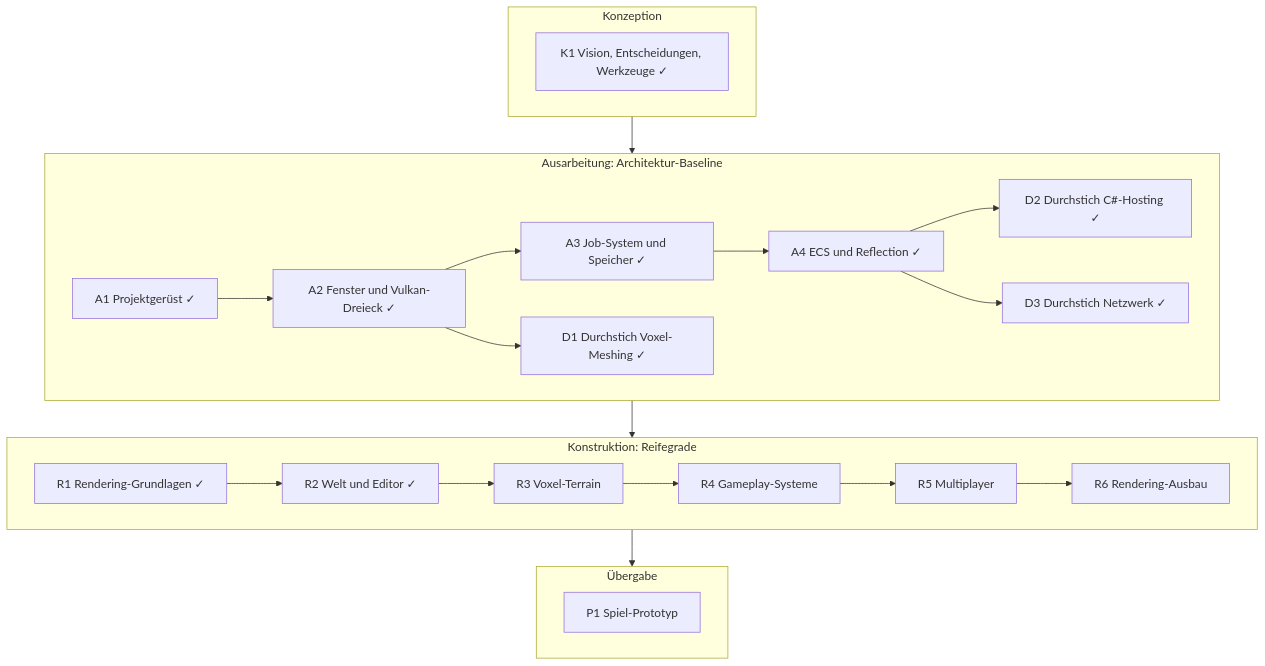
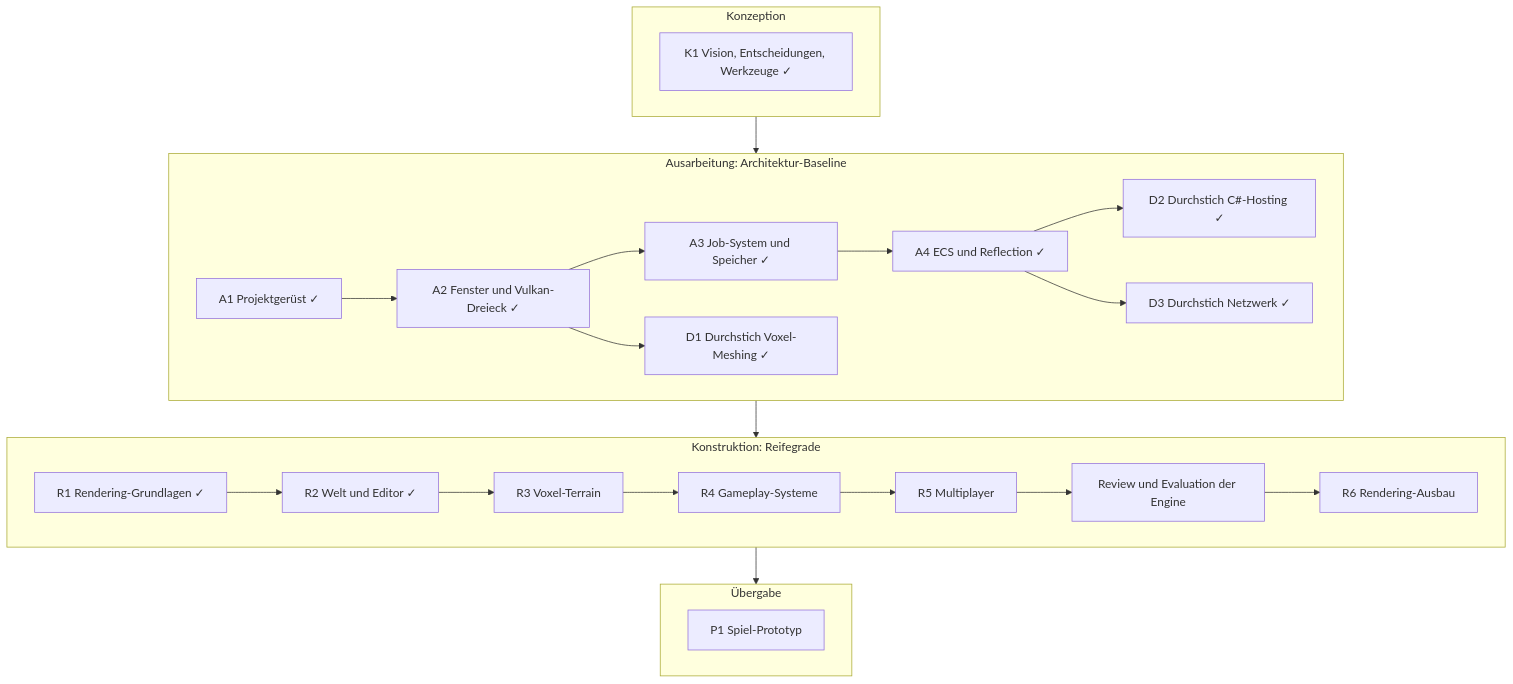
One commit to viiez/ngine changed the diagram in docs/roadmap.md. Above: the diagram before and after it, drawn with Mermaid. The commit also changed other lines of this file and 1 other file, not shown here.

First line of the commit message:
Roadmap: Review und Evaluation der Engine nach R5, danach der Rendering-Ausbau

````diff
--- a/docs/roadmap.md
+++ b/docs/roadmap.md
@@ -30,25 +31,26 @@
 ```mermaid
 flowchart TB
     subgraph K["Konzeption"]
         K1["K1 Vision, Entscheidungen, Werkzeuge ✓"]
     end
     subgraph A["Ausarbeitung: Architektur-Baseline"]
         A1["A1 Projektgerüst ✓"] --> A2["A2 Fenster und Vulkan-Dreieck ✓"]
         A2 --> A3["A3 Job-System und Speicher ✓"]
         A3 --> A4["A4 ECS und Reflection ✓"]
         A2 --> D1["D1 Durchstich Voxel-Meshing ✓"]
         A4 --> D2["D2 Durchstich C#-Hosting ✓"]
         A4 --> D3["D3 Durchstich Netzwerk ✓"]
     end
     subgraph B["Konstruktion: Reifegrade"]
         R1["R1 Rendering-Grundlagen ✓"] --> R2["R2 Welt und Editor ✓"]
         R2 --> R3["R3 Voxel-Terrain"]
         R3 --> R4["R4 Gameplay-Systeme"]
         R4 --> R5["R5 Multiplayer"]
-        R5 --> R6["R6 Rendering-Ausbau"]
+        R5 --> E["Review und Evaluation der Engine"]
+        E --> R6["R6 Rendering-Ausbau"]
     end
     subgraph U["Übergabe"]
         P1["P1 Spiel-Prototyp"]
     end
     K --> A --> B --> U
 ```
````
